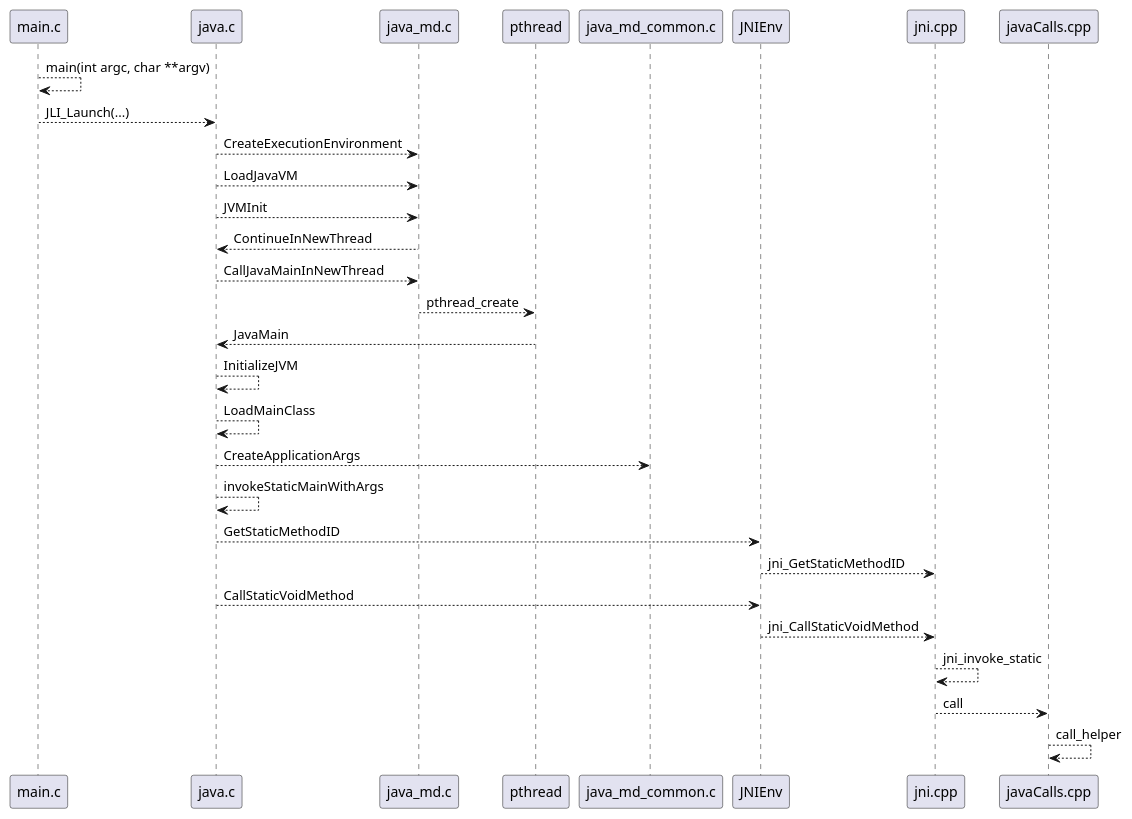
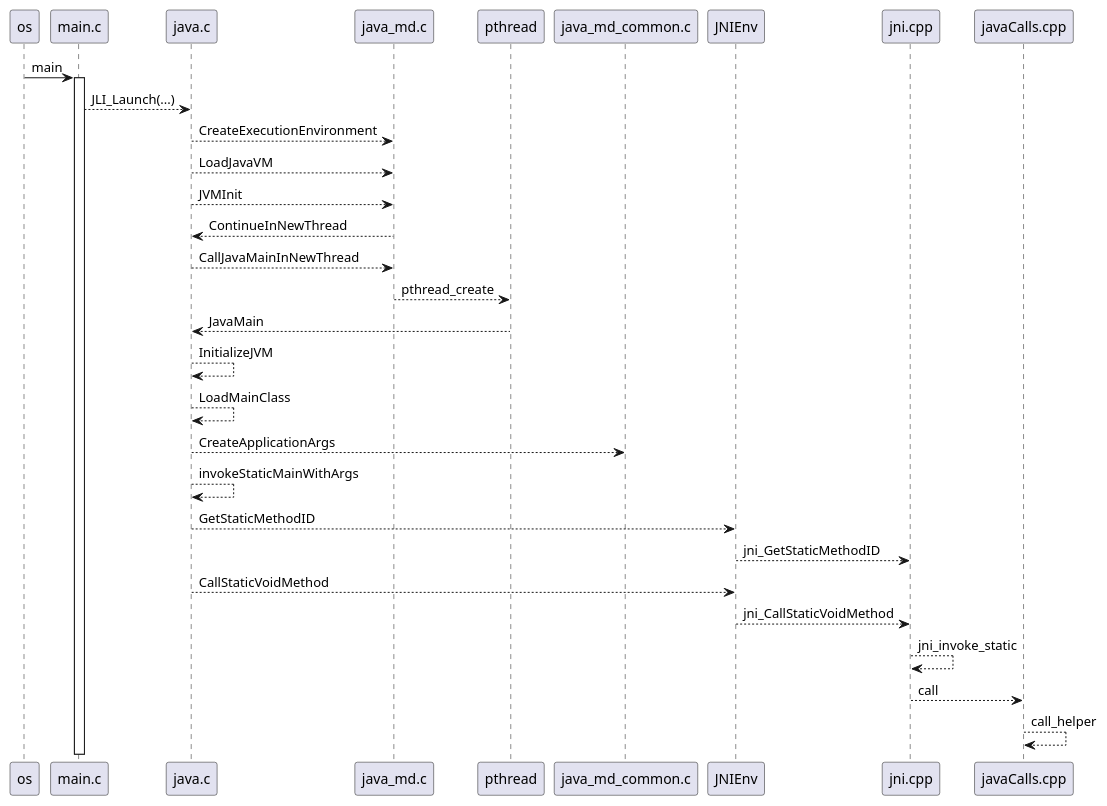
The diagram in content/post/java/jvm/startup.md (kevinwang930/kevinwang930.github.io), drawn with PlantUML before and after one commit. The commit also changed 1 other file, not shown here.

````diff
--- a/content/post/java/jvm/startup.md
+++ b/content/post/java/jvm/startup.md
@@ -21,23 +21,24 @@
 ```plantuml
-main.c-->main.c:main(int argc, char **argv)
+os -> main.c: main
+activate main.c
 main.c-->java.c:JLI_Launch(...)
 java.c-->java_md.c:CreateExecutionEnvironment
 java.c-->java_md.c:LoadJavaVM
 java.c-->java_md.c:JVMInit
 java_md.c-->java.c:ContinueInNewThread
 java.c-->java_md.c:CallJavaMainInNewThread
 java_md.c-->pthread:pthread_create
 pthread-->java.c:JavaMain
 java.c-->java.c:InitializeJVM
 java.c-->java.c:LoadMainClass
 java.c-->java_md_common.c:CreateApplicationArgs
 java.c-->java.c:invokeStaticMainWithArgs
 java.c-->JNIEnv:GetStaticMethodID
 JNIEnv-->jni.cpp:jni_GetStaticMethodID
 java.c-->JNIEnv:CallStaticVoidMethod
 JNIEnv-->jni.cpp:jni_CallStaticVoidMethod
 jni.cpp-->jni.cpp:jni_invoke_static
 jni.cpp-->javaCalls.cpp:call
 javaCalls.cpp-->javaCalls.cpp:call_helper
 
 ```
````
